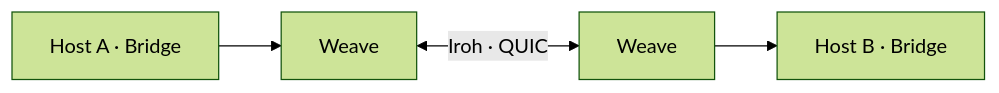
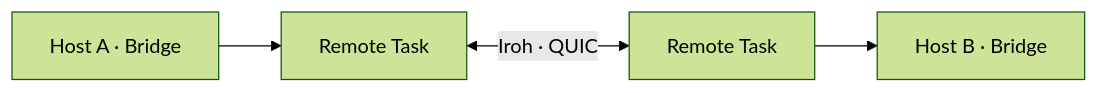
The diagram in README.md (zddzhangdada/dsh-remote-task), drawn with Mermaid (forest theme) before and after one commit. The commit also changed other lines of this file and 13 other files, not shown here.

Commit message:
Rename package to dsh-remote-task 0.3.7 (based on dsh-weave)

````diff
--- a/README.md
+++ b/README.md
@@ -57,6 +58,6 @@
 ```mermaid
 flowchart LR
-  A[Host A · Bridge] --> WA[Weave]
-  WA <-->|Iroh · QUIC| WB[Weave]
+  A[Host A · Bridge] --> WA[Remote Task]
+  WA <-->|Iroh · QUIC| WB[Remote Task]
   WB --> B[Host B · Bridge]
 ```
````
